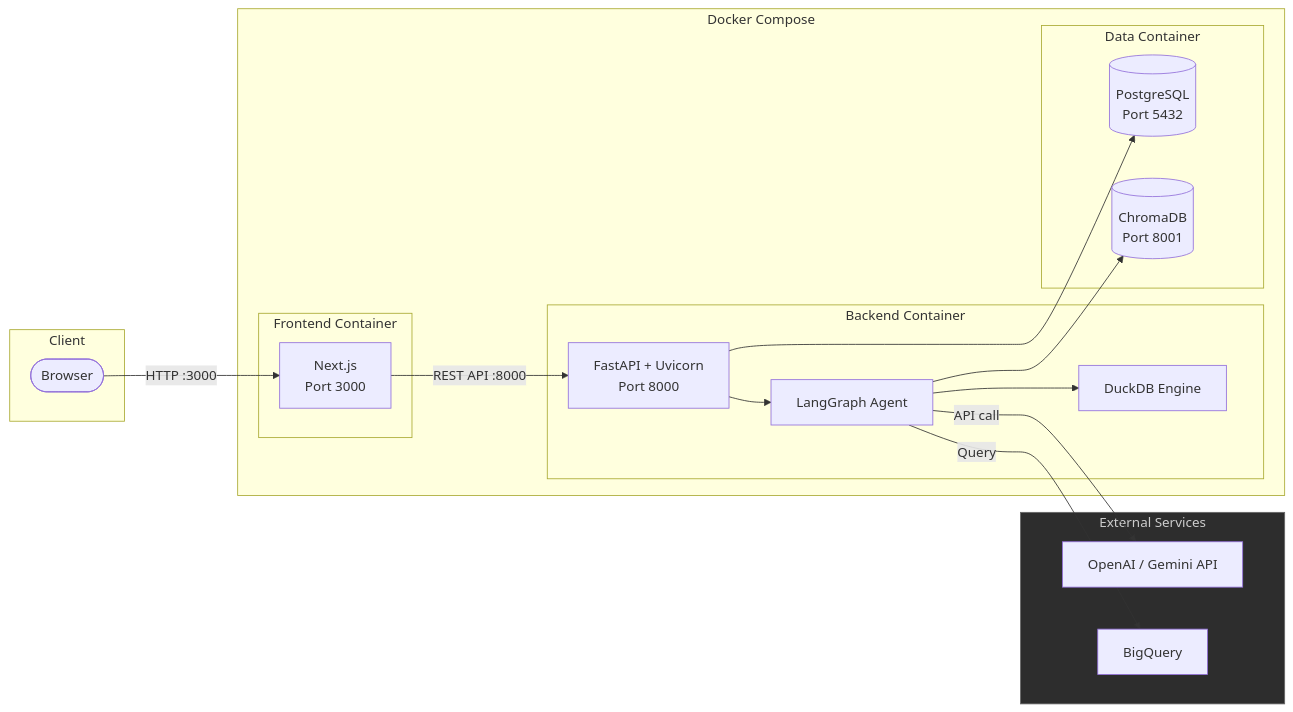
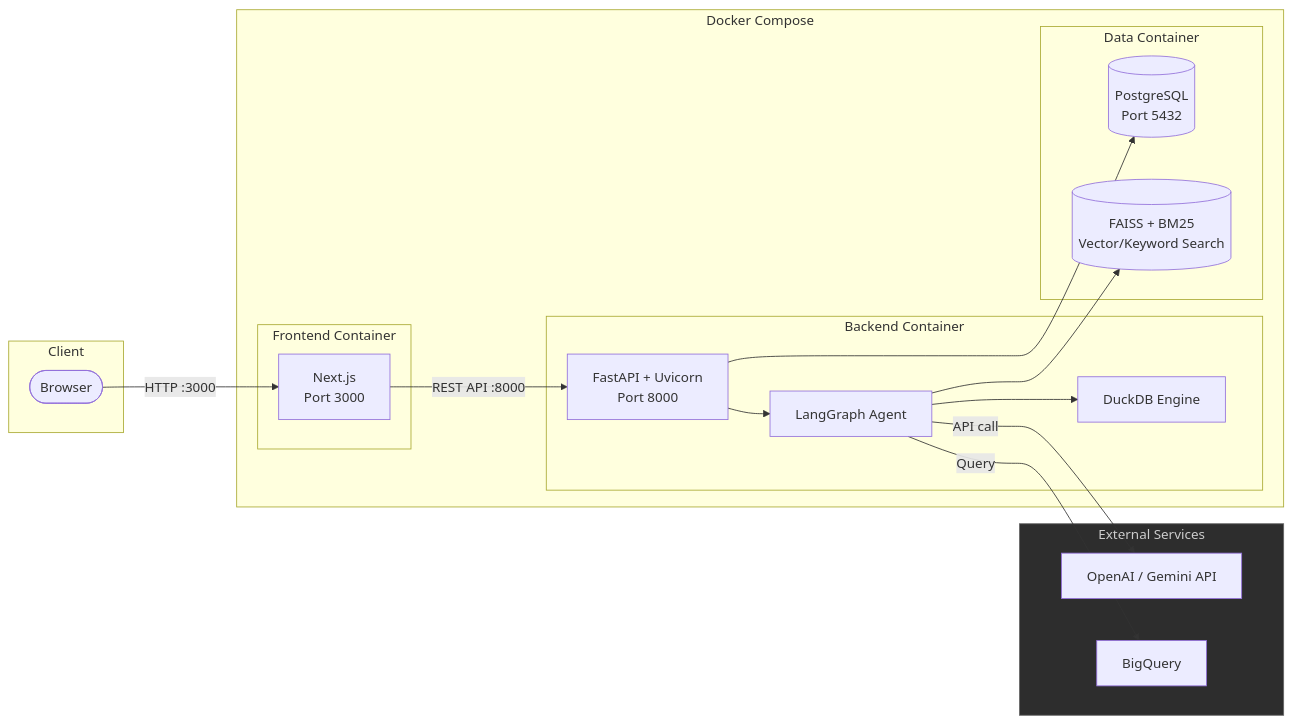
One commit to mhiu05/VDaAgent changed the fifth of 5 diagrams in docs/project_context.md. Above: the diagram before and after it, drawn with Mermaid. The commit also changed other lines of this file and 2 other files, not shown here.

````diff
--- a/docs/project_context.md
+++ b/docs/project_context.md
@@ -342,37 +391,37 @@
 ```mermaid
 graph LR
     subgraph Client
         Browser([Browser])
     end
 
     subgraph Docker["Docker Compose"]
         subgraph FE["Frontend Container"]
             NextJS["Next.js<br/>Port 3000"]
         end
         subgraph BE["Backend Container"]
             FastAPI["FastAPI + Uvicorn<br/>Port 8000"]
             LangGraph[LangGraph Agent]
             DuckDB[DuckDB Engine]
         end
         subgraph DataLayer["Data Container"]
             Postgres[("PostgreSQL<br/>Port 5432")]
-            Chroma[("ChromaDB<br/>Port 8001")]
+            FAISS[("FAISS + BM25<br/>Vector/Keyword Search")]
         end
     end
 
     subgraph External["External Services"]
         LLM_API["OpenAI / Gemini API"]
         BQ[BigQuery]
     end
 
     Browser -->|HTTP :3000| NextJS
     NextJS -->|REST API :8000| FastAPI
     FastAPI --> LangGraph
     LangGraph --> DuckDB
     LangGraph -->|API call| LLM_API
     LangGraph -->|Query| BQ
-    LangGraph --> Chroma
+    LangGraph --> FAISS
     FastAPI --> Postgres
 
     style External fill:#2d2d2d,stroke:#666,color:#ccc
 ```
````
